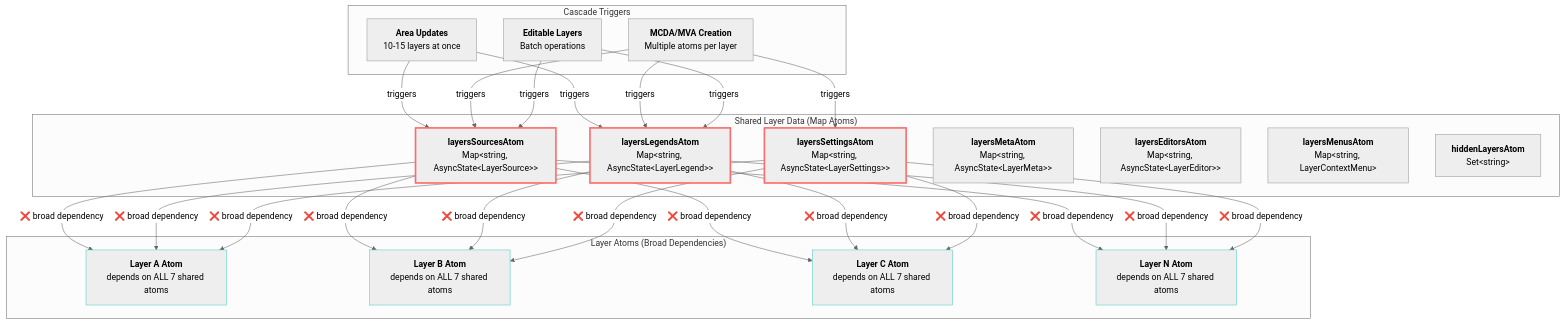
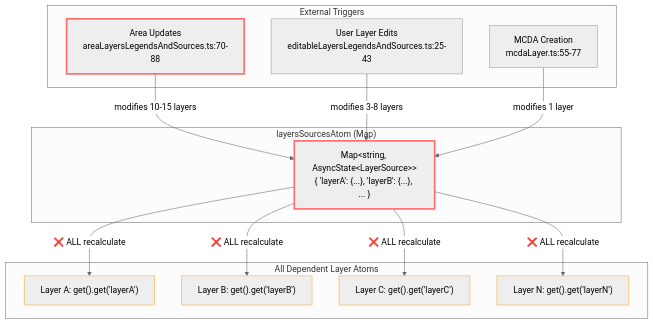
One commit to konturio/disaster-ninja-fe changed the second of 4 diagrams in docs/investigations/R015-Logical-Layer-Atoms-Cascade-Analysis.md. Above: the diagram before and after it, drawn with Mermaid (neutral theme). The commit also changed other lines of this file, not shown here.

````diff
--- a/docs/investigations/R015-Logical-Layer-Atoms-Cascade-Analysis.md
+++ b/docs/investigations/R015-Logical-Layer-Atoms-Cascade-Analysis.md
@@ -31,70 +121,39 @@
 ```mermaid
 graph TD
-    subgraph "Shared Layer Data (Map Atoms)"
-        LSA["`**layersSourcesAtom**
-        Map&lt;string, AsyncState&lt;LayerSource&gt;&gt;`"]
-        LLA["`**layersLegendsAtom**
-        Map&lt;string, AsyncState&lt;LayerLegend&gt;&gt;`"]
-        LSE["`**layersSettingsAtom**
-        Map&lt;string, AsyncState&lt;LayerSettings&gt;&gt;`"]
-        LMA["`**layersMetaAtom**
-        Map&lt;string, AsyncState&lt;LayerMeta&gt;&gt;`"]
-        LEA["`**layersEditorsAtom**
-        Map&lt;string, AsyncState&lt;LayerEditor&gt;&gt;`"]
-        LME["`**layersMenusAtom**
-        Map&lt;string, LayerContextMenu&gt;`"]
-        HLA["`**hiddenLayersAtom**
-        Set&lt;string&gt;`"]
+    subgraph "External Triggers"
+        AU["`Area Updates
+        areaLayersLegendsAndSources.ts:70-88`"]
+        UL["`User Layer Edits
+        editableLayersLegendsAndSources.ts:25-43`"]
+        MC["`MCDA Creation
+        mcdaLayer.ts:55-77`"]
     end
 
-    subgraph "Layer Atoms (Broad Dependencies)"
-        L1["`**Layer A Atom**
-        depends on ALL 7 shared atoms`"]
-        L2["`**Layer B Atom**
-        depends on ALL 7 shared atoms`"]
-        L3["`**Layer C Atom**
-        depends on ALL 7 shared atoms`"]
-        LN["`**Layer N Atom**
-        depends on ALL 7 shared atoms`"]
+    subgraph "layersSourcesAtom (Map)"
+        LSA["`Map&lt;string, AsyncState&lt;LayerSource&gt;&gt;
+        { 'layerA': {...}, 'layerB': {...}, ... }`"]
     end
 
-    subgraph "Cascade Triggers"
-        AU["`**Area Updates**
-        10-15 layers at once`"]
-        ME["`**MCDA/MVA Creation**
-        Multiple atoms per layer`"]
-        EL["`**Editable Layers**
-        Batch operations`"]
+    subgraph "All Dependent Layer Atoms"
+        L1["`Layer A: get().get('layerA')`"]
+        L2["`Layer B: get().get('layerB')`"]
+        L3["`Layer C: get().get('layerC')`"]
+        LN["`Layer N: get().get('layerN')`"]
     end
 
-    LSA -->|❌ broad dependency| L1
-    LSA -->|❌ broad dependency| L2
-    LSA -->|❌ broad dependency| L3
-    LSA -->|❌ broad dependency| LN
+    AU -->|modifies 10-15 layers| LSA
+    UL -->|modifies 3-8 layers| LSA
+    MC -->|modifies 1 layer| LSA
 
-    LLA -->|❌ broad dependency| L1
-    LLA -->|❌ broad dependency| L2
-    LLA -->|❌ broad dependency| L3
-    LLA -->|❌ broad dependency| LN
+    LSA -->|❌ ALL recalculate| L1
+    LSA -->|❌ ALL recalculate| L2
+    LSA -->|❌ ALL recalculate| L3
+    LSA -->|❌ ALL recalculate| LN
 
-    LSE -->|❌ broad dependency| L1
-    LSE -->|❌ broad dependency| L2
-    LSE -->|❌ broad dependency| L3
-    LSE -->|❌ broad dependency| LN
-
-    AU -->|triggers| LSA
-    AU -->|triggers| LLA
-    ME -->|triggers| LSA
-    ME -->|triggers| LLA
-    ME -->|triggers| LSE
-    EL -->|triggers| LSA
-    EL -->|triggers| LLA
-
+    style AU stroke:#ff6b6b,stroke-width:3px
     style LSA stroke:#ff6b6b,stroke-width:3px
-    style LLA stroke:#ff6b6b,stroke-width:3px
-    style LSE stroke:#ff6b6b,stroke-width:3px
-    style L1 stroke:#4ecdc4
-    style L2 stroke:#4ecdc4
-    style L3 stroke:#4ecdc4
-    style LN stroke:#4ecdc4
+    style L1 stroke:#ffa726
+    style L2 stroke:#ffa726
+    style L3 stroke:#ffa726
+    style LN stroke:#ffa726
 ```
````
